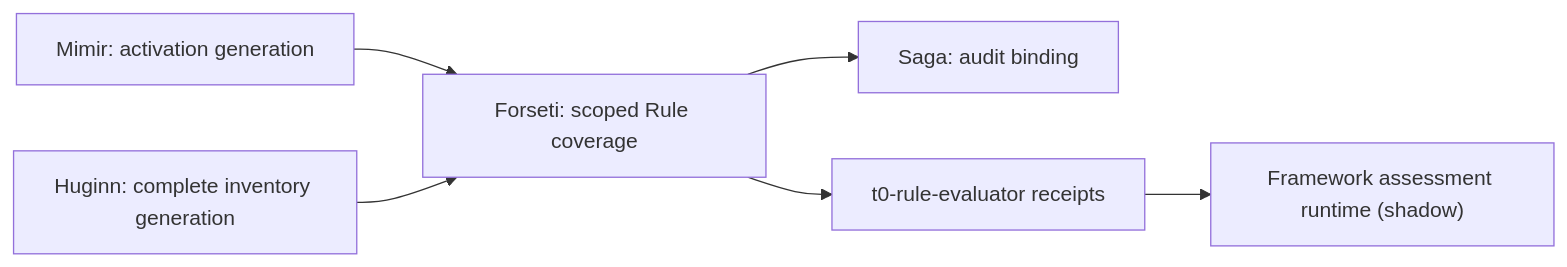
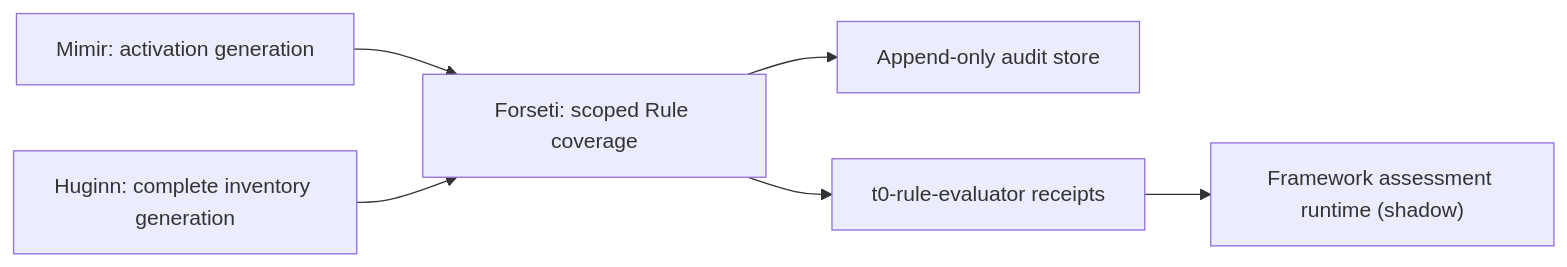
The diagram in docs/roadmap/rules-and-detection/framework-rule-evidence.md (dotnetpower/fdai), drawn with Mermaid before and after one commit. The commit also changed other lines of this file and 4 other files, not shown here.

````diff
--- a/docs/roadmap/rules-and-detection/framework-rule-evidence.md
+++ b/docs/roadmap/rules-and-detection/framework-rule-evidence.md
@@ -27,8 +27,8 @@
 ```mermaid
 flowchart LR
   Mimir["Mimir: activation generation"] --> Forseti
   Huginn["Huginn: complete inventory generation"] --> Forseti
-  Forseti["Forseti: scoped Rule coverage"] --> Saga["Saga: audit binding"]
+  Forseti["Forseti: scoped Rule coverage"] --> Audit["Append-only audit store"]
   Forseti --> Producer["t0-rule-evaluator receipts"]
   Producer --> Assessment["Framework assessment runtime (shadow)"]
 ```
````
